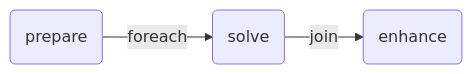
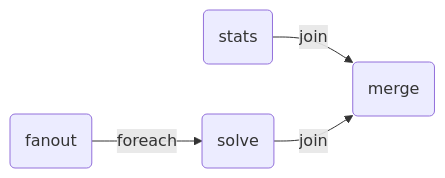
Before and after one commit to nextmv-io/nextpipe: the diagram in examples/pipeline-foreach/README.md, drawn with Mermaid. The commit also changed 4 other files, not shown here.

````diff
--- a/examples/pipeline-foreach/README.md
+++ b/examples/pipeline-foreach/README.md
@@ -7,9 +7,11 @@
 ```mermaid
 graph LR
-  prepare{ }
-  prepare(prepare)
-  prepare -- foreach --> solve
+  fanout{ }
+  fanout(fanout)
+  fanout -- foreach --> solve
+  stats(stats)
+  stats -- join --> merge
   solve(solve)
-  solve -- join --> enhance
-  enhance(enhance)
+  solve -- join --> merge
+  merge(merge)
 ```
````
